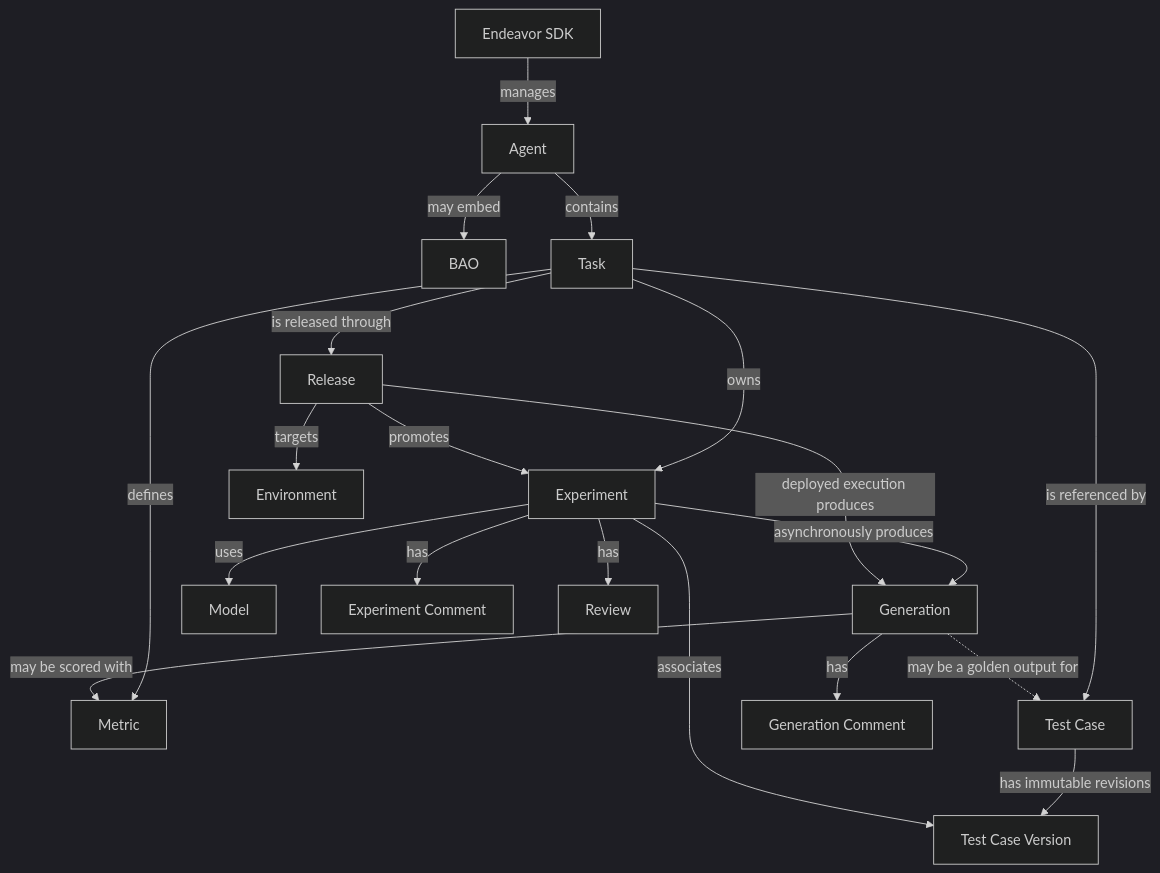
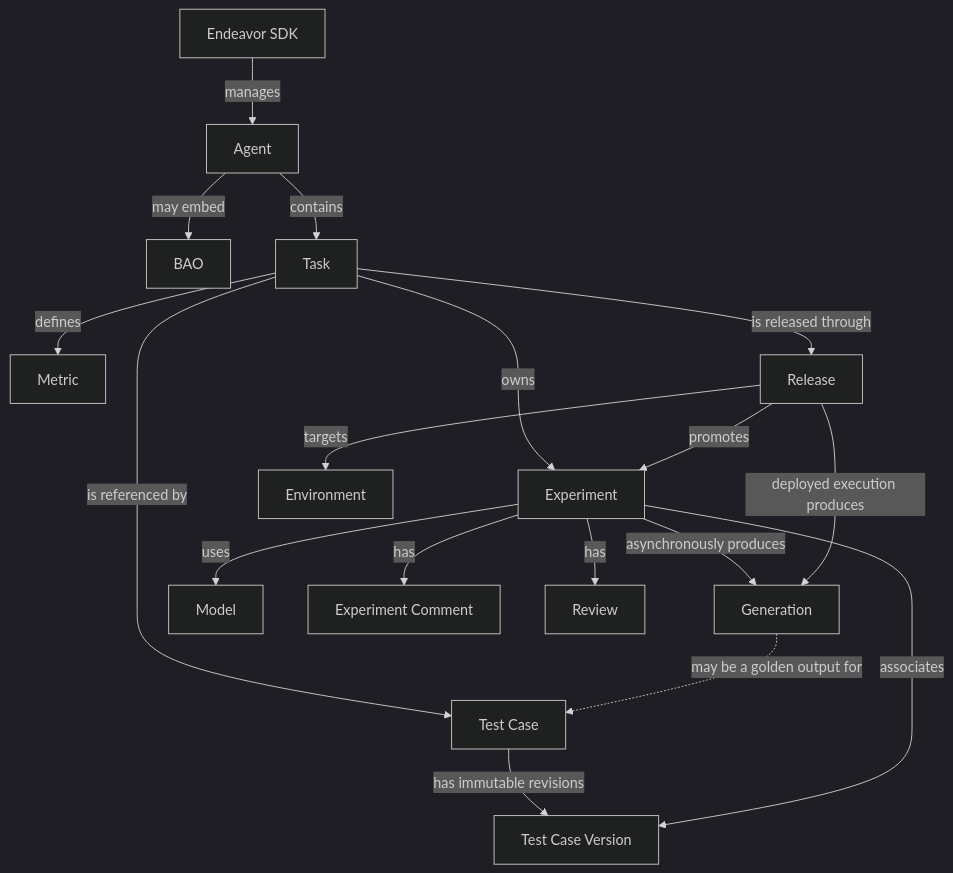
One commit to rotationalio/guidelight changed the diagram in docs/concepts.md. Above: the diagram before and after it, drawn with Mermaid (dark theme). The commit also changed other lines of this file and 55 other files, not shown here.

````diff
--- a/docs/concepts.md
+++ b/docs/concepts.md
@@ -10,38 +10,35 @@
 ```mermaid
 flowchart TD
     SDK[Endeavor SDK]
     A[Agent]
     B[BAO]
     T[Task]
     M[Metric]
     TC[Test Case]
     TCV[Test Case Version]
     X[Experiment]
     G[Generation]
     R[Release]
     ENV[Environment]
     MODEL[Model]
     EC[Experiment Comment]
-    GC[Generation Comment]
     RV[Review]
 
     SDK -->|manages| A
     A -->|contains| T
     A -->|may embed| B
     T -->|defines| M
     T -->|is referenced by| TC
     TC -->|has immutable revisions| TCV
     T -->|owns| X
     X -->|associates| TCV
     X -->|uses| MODEL
     X -->|asynchronously produces| G
     X -->|has| EC
     X -->|has| RV
     T -->|is released through| R
     R -->|promotes| X
     R -->|targets| ENV
     R -->|deployed execution produces| G
-    G -->|may be scored with| M
-    G -->|has| GC
     G -.->|may be a golden output for| TC
 ```
````
